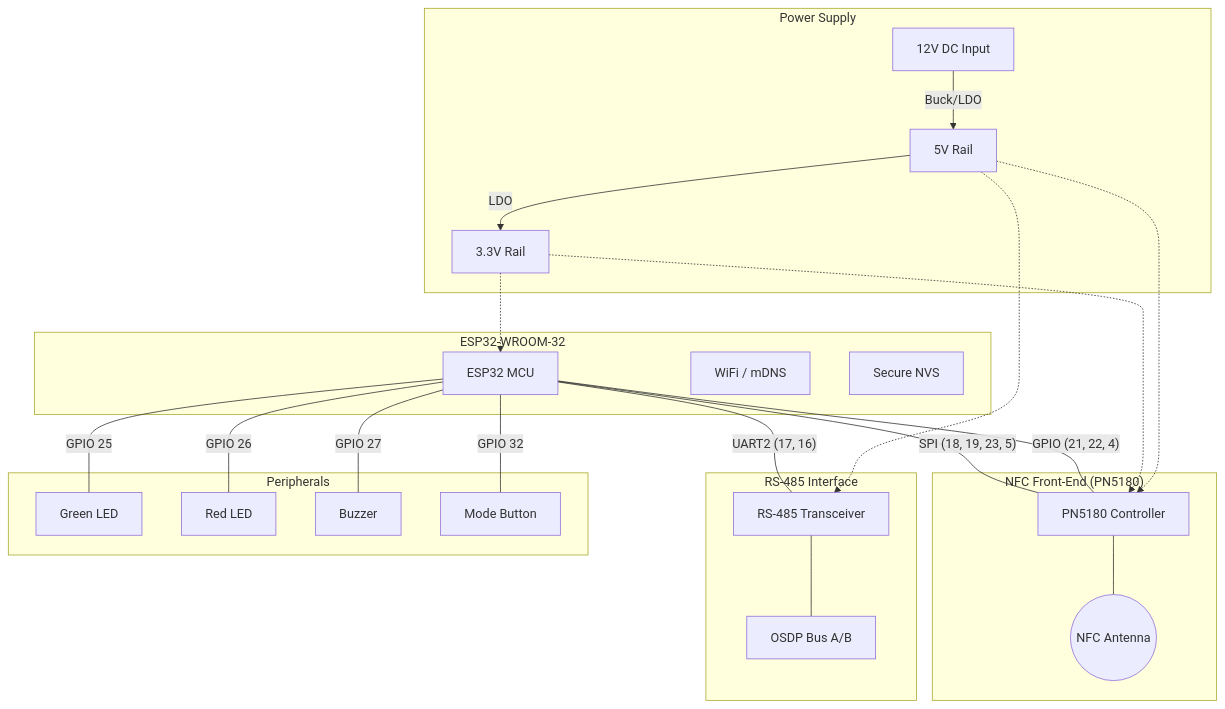
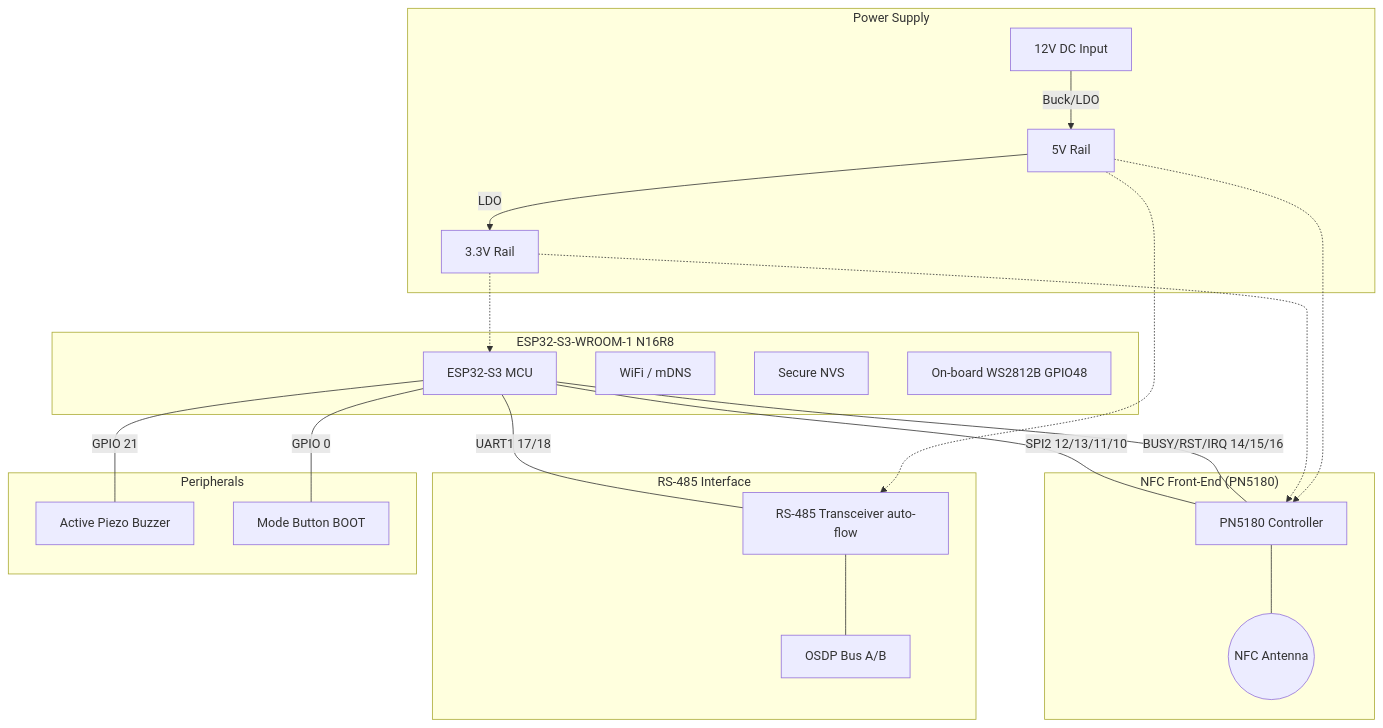
The diagram in SCHEMATIC.md (mattshane1977/OSDP-Reader-Test-Project), drawn with Mermaid before and after one commit. The commit also changed other lines of this file and 6 other files, not shown here.

First line of the commit message:
feat: port to ESP32-S3-WROOM-1 N16R8 with on-board WS2812B RGB LED

````diff
--- a/SCHEMATIC.md
+++ b/SCHEMATIC.md
@@ -10,47 +10,42 @@
 ```mermaid
 graph TD
     subgraph "Power Supply"
         P1[12V DC Input] -->|Buck/LDO| P2[5V Rail]
         P2 -->|LDO| P3[3.3V Rail]
     end
 
-    subgraph "ESP32-WROOM-32"
-        MCU[ESP32 MCU]
+    subgraph "ESP32-S3-WROOM-1 N16R8"
+        MCU[ESP32-S3 MCU]
         WiFi[WiFi / mDNS]
         NVS[Secure NVS]
+        RGB[On-board WS2812B GPIO48]
     end
 
     subgraph "NFC Front-End (PN5180)"
         PN[PN5180 Controller]
         ANT((NFC Antenna))
         PN --- ANT
     end
 
     subgraph "RS-485 Interface"
-        TRX[RS-485 Transceiver]
+        TRX[RS-485 Transceiver auto-flow]
         BUS[OSDP Bus A/B]
         TRX --- BUS
     end
 
     subgraph "Peripherals"
-        LED_G[Green LED]
-        LED_R[Red LED]
-        BEEP[Buzzer]
-        BTN[Mode Button]
+        BEEP[Active Piezo Buzzer]
+        BTN[Mode Button BOOT]
     end
 
-    %% Connections
-    MCU -- SPI (18, 19, 23, 5) --- PN
-    MCU -- GPIO (21, 22, 4) --- PN
-    MCU -- UART2 (17, 16) --- TRX
-    MCU -- GPIO 25 --- LED_G
-    MCU -- GPIO 26 --- LED_R
-    MCU -- GPIO 27 --- BEEP
-    MCU -- GPIO 32 --- BTN
+    MCU -- SPI2 12/13/11/10 --- PN
+    MCU -- BUSY/RST/IRQ 14/15/16 --- PN
+    MCU -- UART1 17/18 --- TRX
+    MCU -- GPIO 21 --- BEEP
+    MCU -- GPIO 0 --- BTN
 
-    %% Power distribution
     P3 -.-> MCU
     P3 -.-> PN
     P2 -.-> PN
     P2 -.-> TRX
 ```
````
